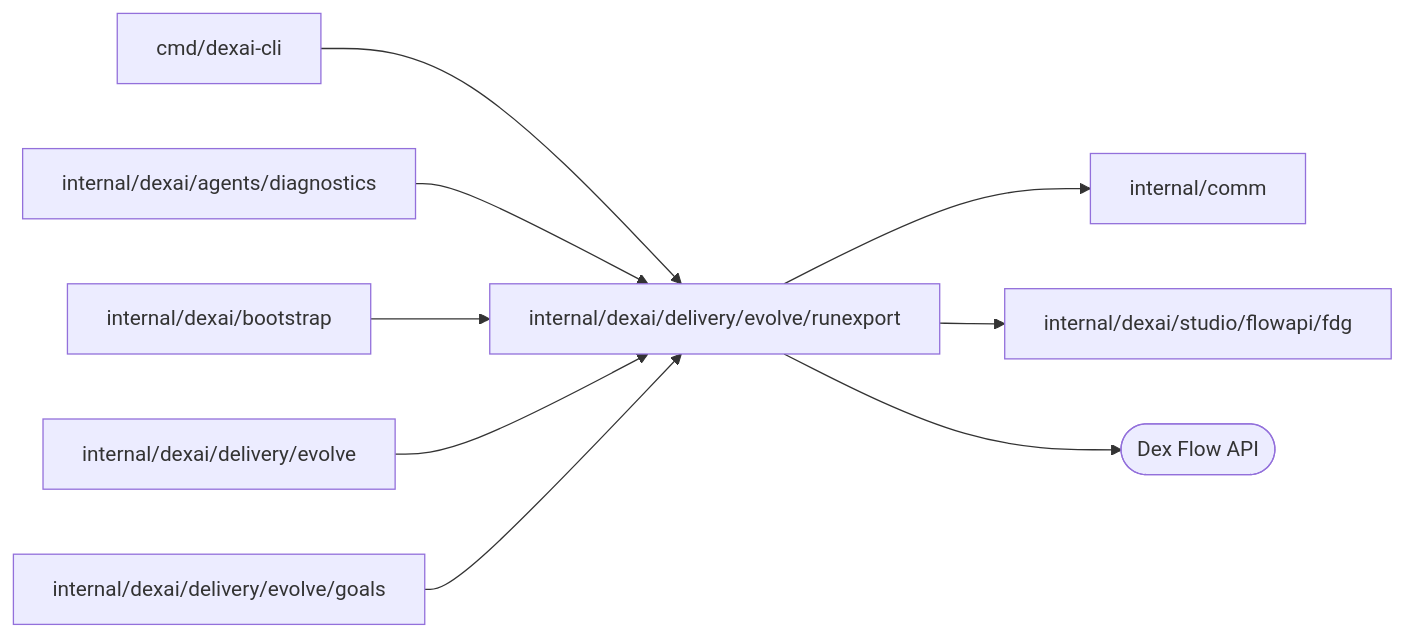
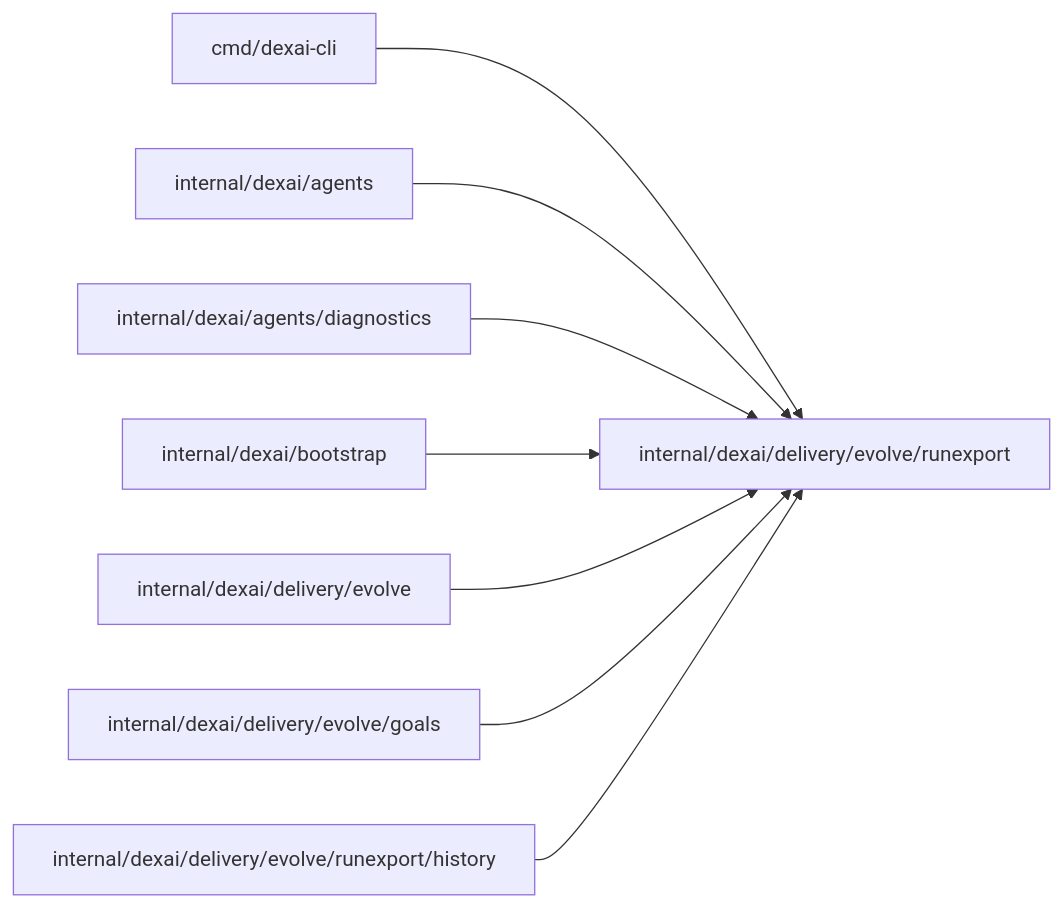
The diagram in internal/dexai/delivery/evolve/runexport/README.md (superdurable/superverse), drawn with Mermaid before and after one commit. The commit also changed other lines of this file and 226 other files, not shown here.

````diff
--- a/internal/dexai/delivery/evolve/runexport/README.md
+++ b/internal/dexai/delivery/evolve/runexport/README.md
@@ -10,12 +10,11 @@
 ```mermaid
 flowchart LR
   self["internal/dexai/delivery/evolve/runexport"]
   c0["cmd/dexai-cli"] --> self
-  c1["internal/dexai/agents/diagnostics"] --> self
-  c2["internal/dexai/bootstrap"] --> self
-  c3["internal/dexai/delivery/evolve"] --> self
-  c4["internal/dexai/delivery/evolve/goals"] --> self
-  self --> d0["internal/comm"]
-  self --> d1["internal/dexai/studio/flowapi/fdg"]
-  self --> e0(["Dex Flow API"])
+  c1["internal/dexai/agents"] --> self
+  c2["internal/dexai/agents/diagnostics"] --> self
+  c3["internal/dexai/bootstrap"] --> self
+  c4["internal/dexai/delivery/evolve"] --> self
+  c5["internal/dexai/delivery/evolve/goals"] --> self
+  c6["internal/dexai/delivery/evolve/runexport/history"] --> self
 ```
````
